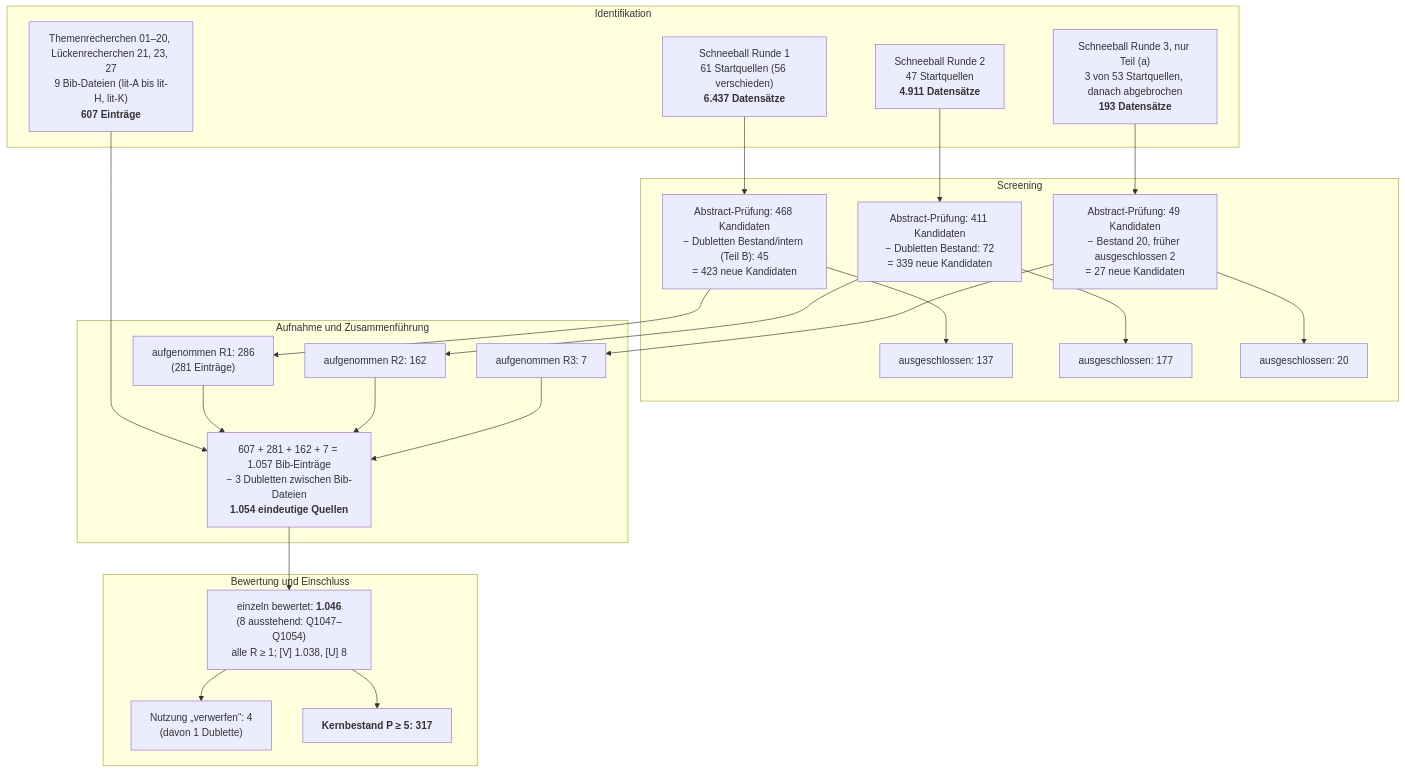
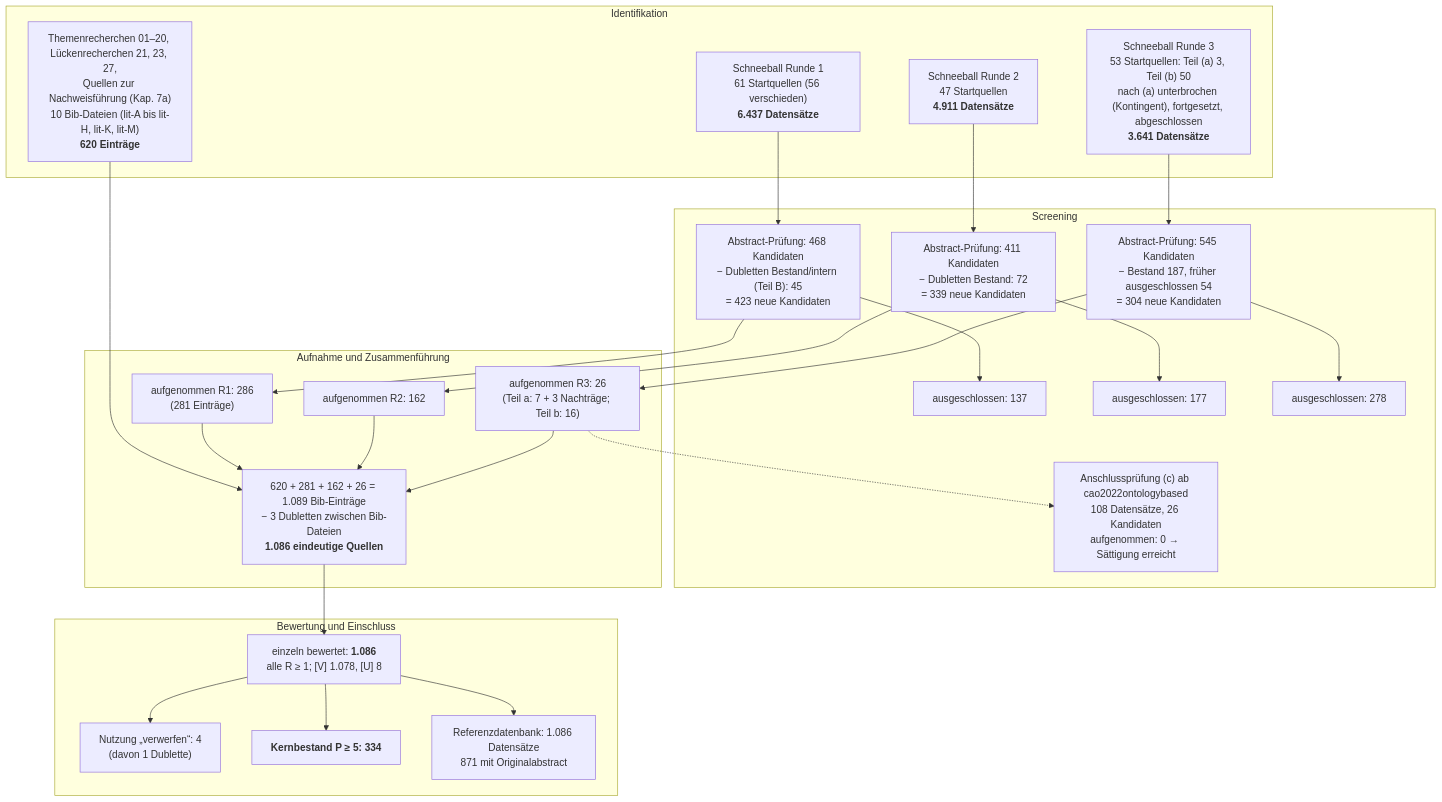
The diagram in docs/holzbau/arbeit/02-forschungsdesign.md (marifl/roundtable), drawn with Mermaid before and after one commit. The commit also changed other lines of this file and 1 other file, not shown here.

First line of the commit message:
docs(holzbau): Bewertung R3-Quellen (Kernbestand 334), Kapitel 2 v0.2 mit Abschluss der Recherche

````diff
--- a/docs/holzbau/arbeit/02-forschungsdesign.md
+++ b/docs/holzbau/arbeit/02-forschungsdesign.md
@@ -275,41 +277,45 @@
 ```mermaid
 flowchart TD
   subgraph ID["Identifikation"]
-    T["Themenrecherchen 01–20, Lückenrecherchen 21, 23, 27<br/>9 Bib-Dateien (lit-A bis lit-H, lit-K)<br/><b>607 Einträge</b>"]
+    T["Themenrecherchen 01–20, Lückenrecherchen 21, 23, 27,<br/>Quellen zur Nachweisführung (Kap. 7a)<br/>10 Bib-Dateien (lit-A bis lit-H, lit-K, lit-M)<br/><b>620 Einträge</b>"]
     R1["Schneeball Runde 1<br/>61 Startquellen (56 verschieden)<br/><b>6.437 Datensätze</b>"]
     R2["Schneeball Runde 2<br/>47 Startquellen<br/><b>4.911 Datensätze</b>"]
-    R3["Schneeball Runde 3, nur Teil (a)<br/>3 von 53 Startquellen, danach abgebrochen<br/><b>193 Datensätze</b>"]
+    R3["Schneeball Runde 3<br/>53 Startquellen: Teil (a) 3, Teil (b) 50<br/>nach (a) unterbrochen (Kontingent), fortgesetzt, abgeschlossen<br/><b>3.641 Datensätze</b>"]
   end
   subgraph SC["Screening"]
     K1["Abstract-Prüfung: 468 Kandidaten<br/>− Dubletten Bestand/intern (Teil B): 45<br/>= 423 neue Kandidaten"]
     K2["Abstract-Prüfung: 411 Kandidaten<br/>− Dubletten Bestand: 72<br/>= 339 neue Kandidaten"]
-    K3["Abstract-Prüfung: 49 Kandidaten<br/>− Bestand 20, früher ausgeschlossen 2<br/>= 27 neue Kandidaten"]
+    K3["Abstract-Prüfung: 545 Kandidaten<br/>− Bestand 187, früher ausgeschlossen 54<br/>= 304 neue Kandidaten"]
     X1["ausgeschlossen: 137"]
     X2["ausgeschlossen: 177"]
-    X3["ausgeschlossen: 20"]
+    X3["ausgeschlossen: 278"]
+    C3["Anschlussprüfung (c) ab cao2022ontologybased<br/>108 Datensätze, 26 Kandidaten<br/>aufgenommen: 0 → Sättigung erreicht"]
   end
   subgraph EL["Aufnahme und Zusammenführung"]
     A1["aufgenommen R1: 286<br/>(281 Einträge)"]
     A2["aufgenommen R2: 162"]
-    A3["aufgenommen R3: 7"]
-    M["607 + 281 + 162 + 7 = 1.057 Bib-Einträge<br/>− 3 Dubletten zwischen Bib-Dateien<br/><b>1.054 eindeutige Quellen</b>"]
+    A3["aufgenommen R3: 26<br/>(Teil a: 7 + 3 Nachträge; Teil b: 16)"]
+    M["620 + 281 + 162 + 26 = 1.089 Bib-Einträge<br/>− 3 Dubletten zwischen Bib-Dateien<br/><b>1.086 eindeutige Quellen</b>"]
   end
   subgraph IN["Bewertung und Einschluss"]
-    B["einzeln bewertet: <b>1.046</b><br/>(8 ausstehend: Q1047–Q1054)<br/>alle R ≥ 1; [V] 1.038, [U] 8"]
+    B["einzeln bewertet: <b>1.086</b><br/>alle R ≥ 1; [V] 1.078, [U] 8"]
     V["Nutzung „verwerfen“: 4<br/>(davon 1 Dublette)"]
-    C["<b>Kernbestand P ≥ 5: 317</b>"]
+    C["<b>Kernbestand P ≥ 5: 334</b>"]
+    D["Referenzdatenbank: 1.086 Datensätze<br/>871 mit Originalabstract"]
   end
   R1 --> K1 --> A1
   K1 --> X1
   R2 --> K2 --> A2
   K2 --> X2
   R3 --> K3 --> A3
   K3 --> X3
+  A3 -.-> C3
   T --> M
   A1 --> M
   A2 --> M
   A3 --> M
   M --> B
   B --> V
   B --> C
+  B --> D
 ```
````
